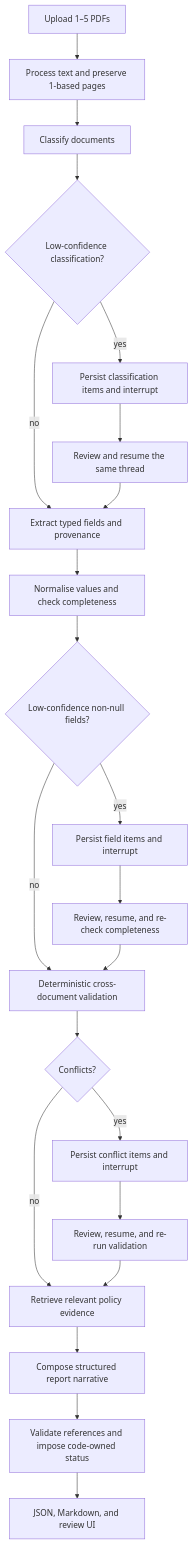
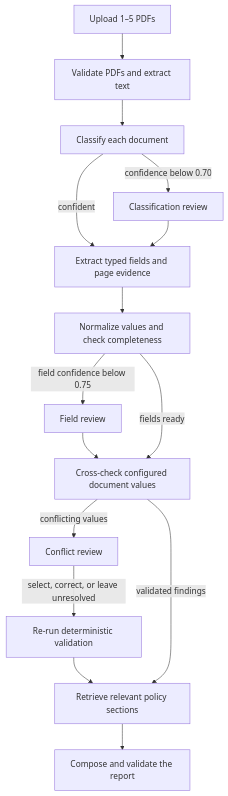
Before and after one commit to Furkan-rgb/EvidenceFlow: the diagram in README.md, drawn with Mermaid. The commit also changed other lines of this file and 3 other files, not shown here.

````diff
--- a/README.md
+++ b/README.md
@@ -59,24 +69,17 @@
 ```mermaid
 flowchart TD
-    U[Upload 1–5 PDFs] --> P[Process text and preserve 1-based pages]
-    P --> C[Classify documents]
-    C --> CG{Low-confidence classification?}
-    CG -- yes --> HC[Persist classification items and interrupt]
-    HC --> RC[Review and resume the same thread]
-    CG -- no --> E[Extract typed fields and provenance]
-    RC --> E
-    E --> N[Normalise values and check completeness]
-    N --> FG{Low-confidence non-null fields?}
-    FG -- yes --> HF[Persist field items and interrupt]
-    HF --> RF[Review, resume, and re-check completeness]
-    FG -- no --> V[Deterministic cross-document validation]
-    RF --> V
-    V --> XG{Conflicts?}
-    XG -- yes --> HX[Persist conflict items and interrupt]
-    HX --> RX[Review, resume, and re-run validation]
-    XG -- no --> PR[Retrieve relevant policy evidence]
-    RX --> PR
-    PR --> COMP[Compose structured report narrative]
-    COMP --> VR[Validate references and impose code-owned status]
-    VR --> O[JSON, Markdown, and review UI]
+    U[Upload 1–5 PDFs] --> P[Validate PDFs and extract text]
+    P --> C[Classify each document]
+    C -->|confident| E[Extract typed fields and page evidence]
+    C -->|confidence below 0.70| HC[Classification review]
+    HC --> E
+    E --> N[Normalize values and check completeness]
+    N -->|field confidence below 0.75| HF[Field review]
+    HF --> V[Cross-check configured document values]
+    N -->|fields ready| V
+    V -->|conflicting values| HX[Conflict review]
+    HX -->|select, correct, or leave unresolved| RV[Re-run deterministic validation]
+    RV --> R
+    V -->|validated findings| R[Retrieve relevant policy sections]
+    R --> G[Compose and validate the report]
 ```
````
